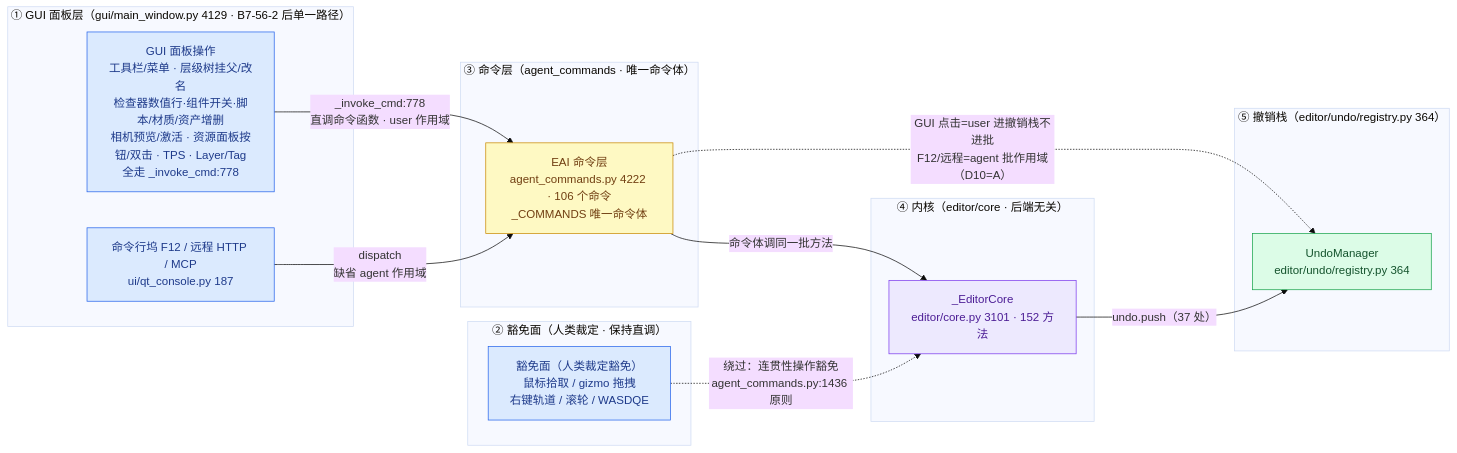
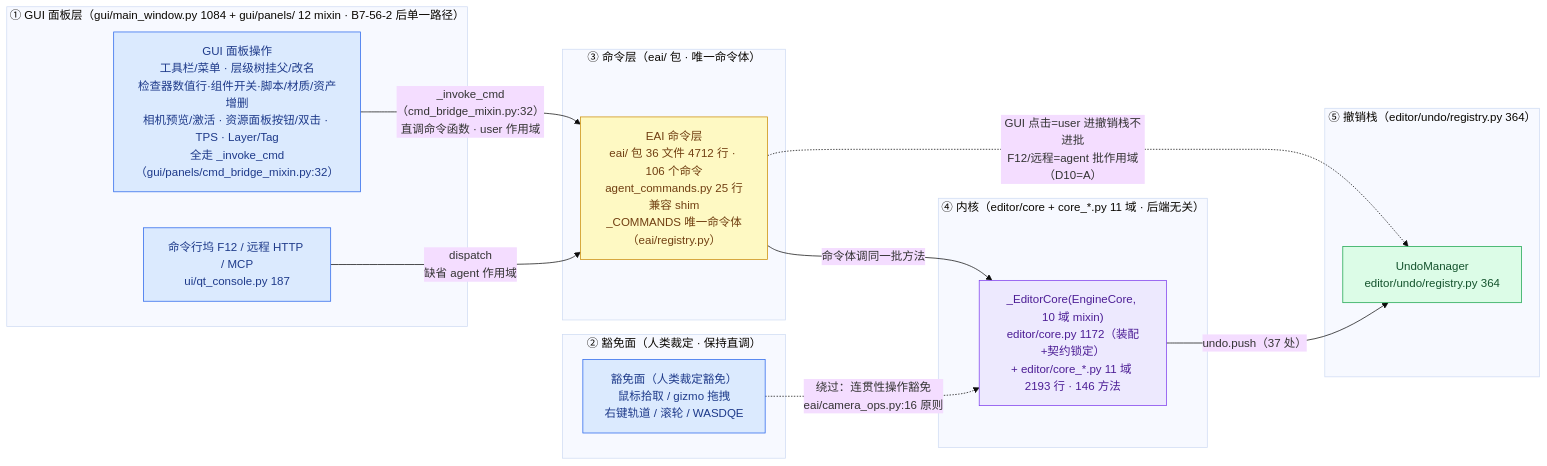
Before and after one commit to lhy302/WeaveEngine: diagram 17 of 23 in ARCHITECTURE.md, drawn with Mermaid (base theme). The commit also changed other lines of this file, not shown here.

First line of the commit message:
docs: ARCHITECTURE.md 同步 Q-B7-38-1 三批大文件拆分（逐项实测复核）

````diff
--- a/ARCHITECTURE.md
+++ b/ARCHITECTURE.md
@@ -1188,29 +1281,29 @@
 ```mermaid
 flowchart LR
-  subgraph GUIP["① GUI 面板层（gui/main_window.py 4129 · B7-56-2 后单一路径）"]
-    G1["GUI 面板操作<br/>工具栏/菜单 · 层级树挂父/改名<br/>检查器数值行·组件开关·脚本/材质/资产增删<br/>相机预览/激活 · 资源面板按钮/双击 · TPS · Layer/Tag<br/>全走 _invoke_cmd:778"]:::gui
+  subgraph GUIP["① GUI 面板层（gui/main_window.py 1084 + gui/panels/ 12 mixin · B7-56-2 后单一路径）"]
+    G1["GUI 面板操作<br/>工具栏/菜单 · 层级树挂父/改名<br/>检查器数值行·组件开关·脚本/材质/资产增删<br/>相机预览/激活 · 资源面板按钮/双击 · TPS · Layer/Tag<br/>全走 _invoke_cmd（gui/panels/cmd_bridge_mixin.py:32）"]:::gui
     G3["命令行坞 F12 / 远程 HTTP / MCP<br/>ui/qt_console.py 187"]:::gui
   end
   subgraph EXEMPT["② 豁免面（人类裁定 · 保持直调）"]
     G2["豁免面（人类裁定豁免）<br/>鼠标拾取 / gizmo 拖拽<br/>右键轨道 / 滚轮 / WASDQE"]:::gui
   end
-  subgraph CMDDOM["③ 命令层（agent_commands · 唯一命令体）"]
-    E["EAI 命令层<br/>agent_commands.py 4222 · 106 个命令<br/>_COMMANDS 唯一命令体"]:::eai
+  subgraph CMDDOM["③ 命令层（eai/ 包 · 唯一命令体）"]
+    E["EAI 命令层<br/>eai/ 包 36 文件 4712 行 · 106 个命令<br/>agent_commands.py 25 行兼容 shim<br/>_COMMANDS 唯一命令体（eai/registry.py）"]:::eai
   end
-  subgraph KERN["④ 内核（editor/core · 后端无关）"]
-    A["_EditorCore<br/>editor/core.py 3101 · 152 方法"]:::facade
+  subgraph KERN["④ 内核（editor/core + core_*.py 11 域 · 后端无关）"]
+    A["_EditorCore(EngineCore, 10 域 mixin)<br/>editor/core.py 1172（装配+契约锁定）<br/>+ editor/core_*.py 11 域 2193 行 · 146 方法"]:::facade
   end
   subgraph UNDODOM["⑤ 撤销栈（editor/undo/registry.py 364）"]
     U["UndoManager<br/>editor/undo/registry.py 364"]:::undo
   end
-  G1 -->|_invoke_cmd:778<br/>直调命令函数 · user 作用域| E
+  G1 -->|_invoke_cmd（cmd_bridge_mixin.py:32）<br/>直调命令函数 · user 作用域| E
   G3 -->|dispatch<br/>缺省 agent 作用域| E
   E -->|命令体调同一批方法| A
-  G2 -.->|绕过：连贯性操作豁免<br/>agent_commands.py:1436 原则| A
+  G2 -.->|绕过：连贯性操作豁免<br/>eai/camera_ops.py:16 原则| A
   A -->|undo.push（37 处）| U
   E -.->|GUI 点击=user 进撤销栈不进批<br/>F12/远程=agent 批作用域（D10=A）| U
   classDef gui fill:#dbeafe,stroke:#2563eb,color:#1e3a8a
   classDef eai fill:#fef9c3,stroke:#ca8a04,color:#713f12
   classDef facade fill:#ede9fe,stroke:#7c3aed,color:#4c1d95
   classDef undo fill:#dcfce7,stroke:#16a34a,color:#14532d
 ```
````
